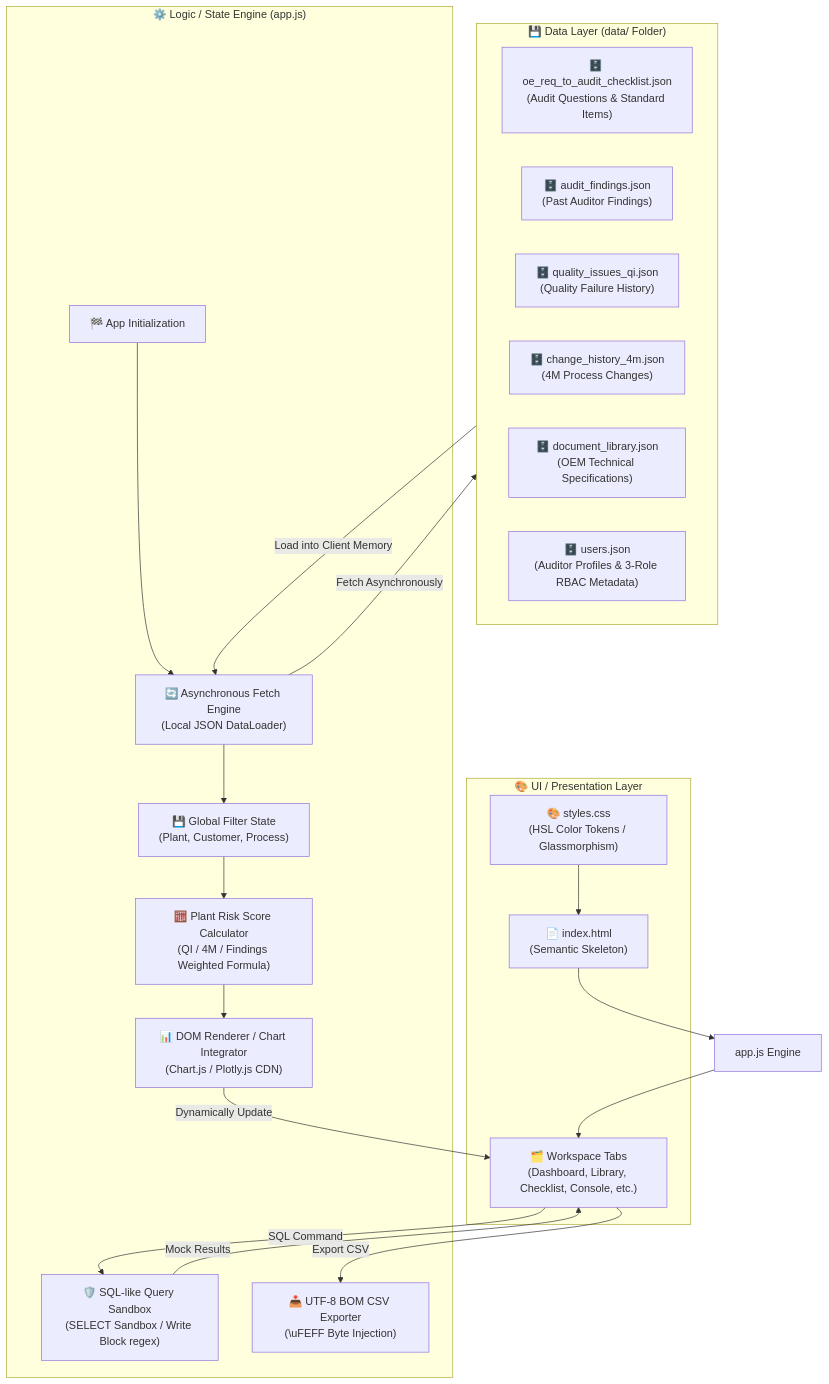
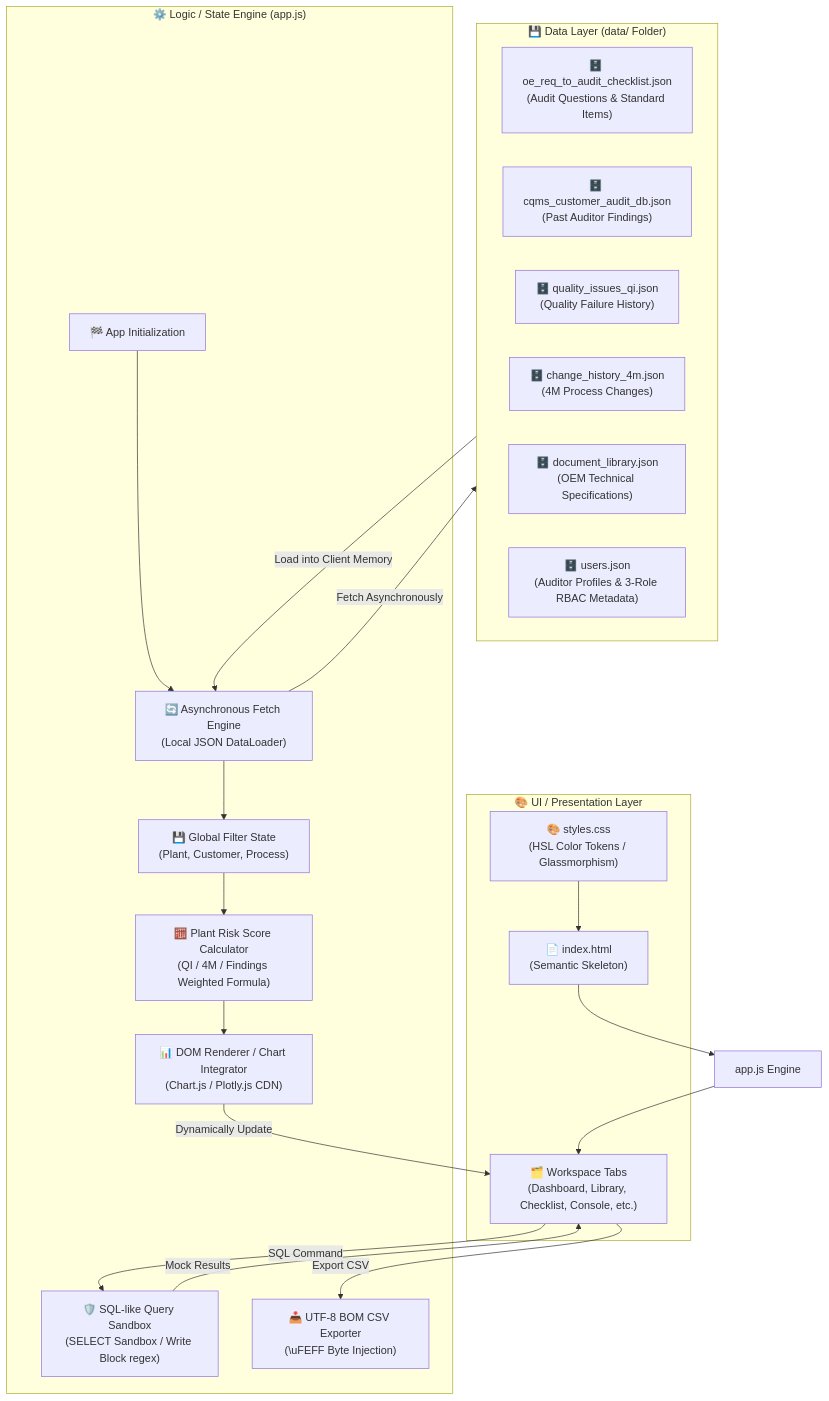
One commit to jumasi-34/RiskHunter changed the diagram in context/12_project_structure_and_coding_rules.md. Above: the diagram before and after it, drawn with Mermaid. The commit also changed other lines of this file and 9 other files, not shown here.

Commit message:
refactor: rename data/audit_findings.json to data/cqms_customer_audit_db.json and update references

````diff
--- a/context/12_project_structure_and_coding_rules.md
+++ b/context/12_project_structure_and_coding_rules.md
@@ -11,48 +11,48 @@
 ```mermaid
 graph TD
     subgraph UI_Layer ["🎨 UI / Presentation Layer"]
         HTML["📄 index.html<br>(Semantic Skeleton)"]
         CSS["🎨 styles.css<br>(HSL Color Tokens / Glassmorphism)"]
         Tab["🗂️ Workspace Tabs<br>(Dashboard, Library, Checklist, Console, etc.)"]
     end
 
     subgraph Logic_Layer ["⚙️ Logic / State Engine (app.js)"]
         Init["🏁 App Initialization"]
         FetchEngine["🔄 Asynchronous Fetch Engine<br>(Local JSON DataLoader)"]
         State["💾 Global Filter State<br>(Plant, Customer, Process)"]
         RiskCalc["🧮 Plant Risk Score Calculator<br>(QI / 4M / Findings Weighted Formula)"]
         UIRender["📊 DOM Renderer / Chart Integrator<br>(Chart.js / Plotly.js CDN)"]
         SQLSandbox["🛡️ SQL-like Query Sandbox<br>(SELECT Sandbox / Write Block regex)"]
         CSVExport["📥 UTF-8 BOM CSV Exporter<br>(\uFEFF Byte Injection)"]
     end
 
     subgraph Data_Layer ["💾 Data Layer (data/ Folder)"]
         JSON_Checklist["🗄️ oe_req_to_audit_checklist.json<br>(Audit Questions & Standard Items)"]
-        JSON_Findings["🗄️ audit_findings.json<br>(Past Auditor Findings)"]
+        JSON_Findings["🗄️ cqms_customer_audit_db.json<br>(Past Auditor Findings)"]
         JSON_QI["🗄️ quality_issues_qi.json<br>(Quality Failure History)"]
         JSON_4M["🗄️ change_history_4m.json<br>(4M Process Changes)"]
         JSON_Doc["🗄️ document_library.json<br>(OEM Technical Specifications)"]
         JSON_Users["🗄️ users.json<br>(Auditor Profiles & 3-Role RBAC Metadata)"]
     end
 
     %% UI to Logic
     HTML --> AppJS["app.js Engine"]
     CSS --> HTML
     AppJS --> Tab
     
     %% Initialization flow
     Init --> FetchEngine
     FetchEngine -->|Fetch Asynchronously| Data_Layer
     Data_Layer -->|Load into Client Memory| FetchEngine
     FetchEngine --> State
     
     %% Logic operations
     State --> RiskCalc
     RiskCalc --> UIRender
     UIRender -->|Dynamically Update| Tab
     
     %% Security & Exports
     Tab -->|SQL Command| SQLSandbox
     SQLSandbox -->|Mock Results| Tab
     Tab -->|Export CSV| CSVExport
 ```
````
